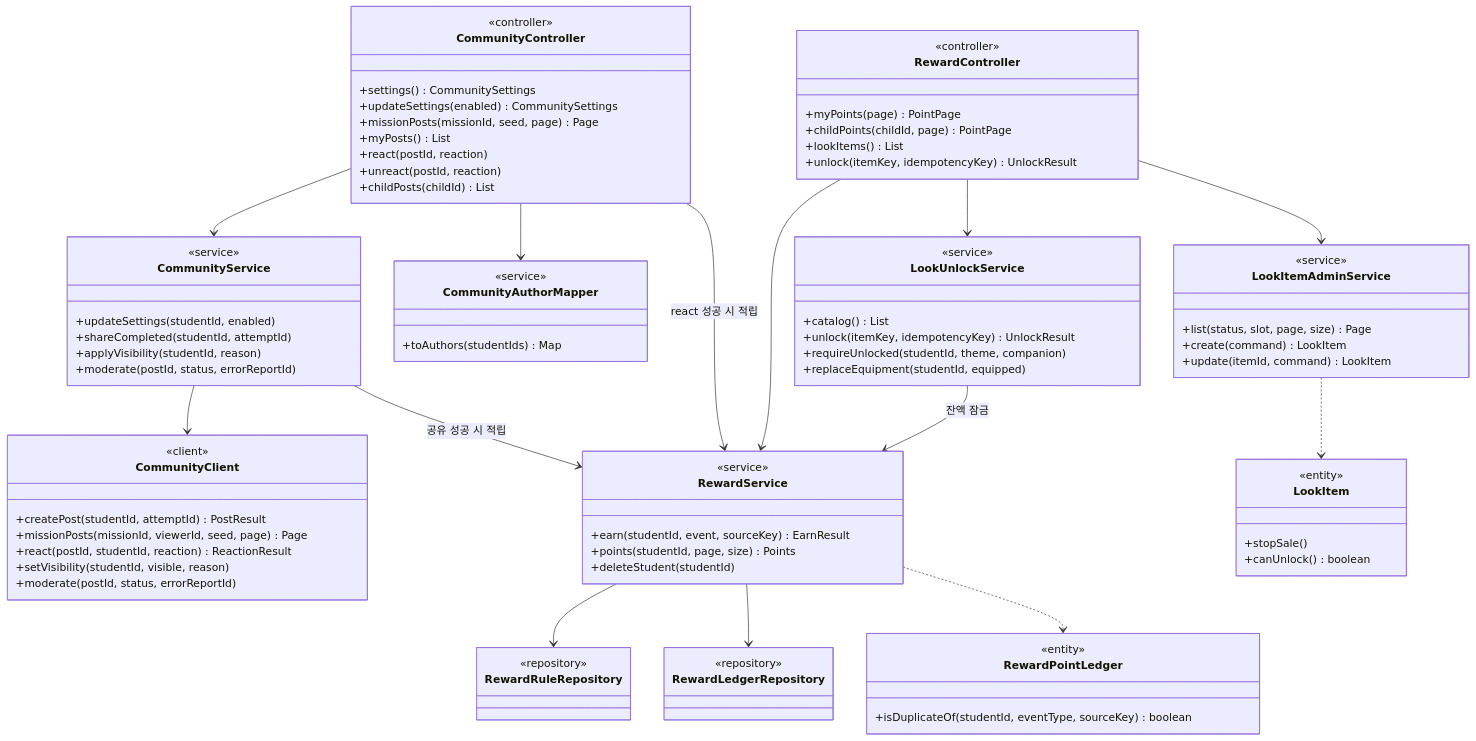
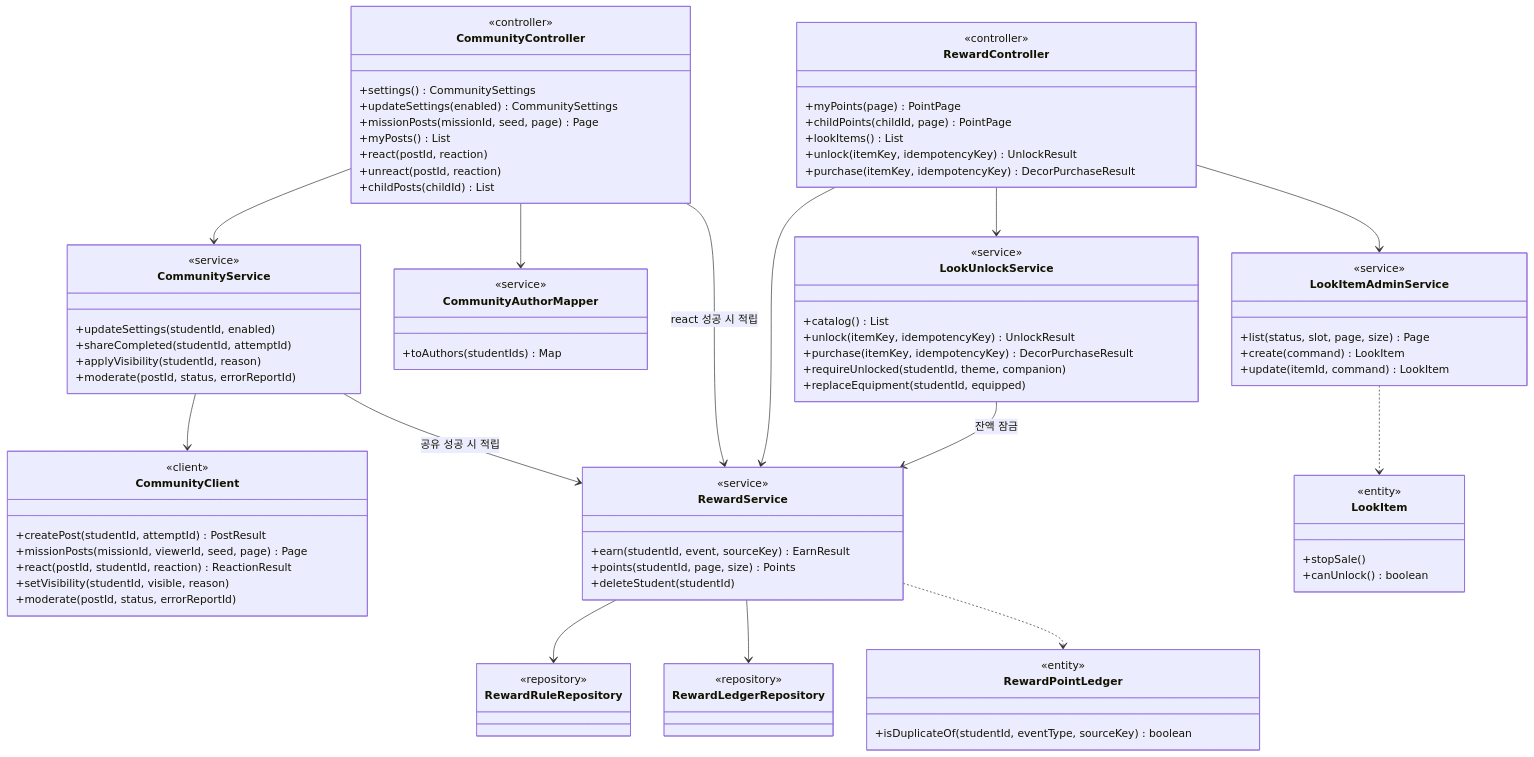
The eighth of 23 diagrams in docs/design/class-diagram.md (SKNETWORKS-FAMILY-AICAMP/SKN34-FINAL-3TEAM), drawn with Mermaid before and after one commit. The commit also changed other lines of this file and 23 other files, not shown here.

```diff
--- a/docs/design/class-diagram.md
+++ b/docs/design/class-diagram.md
@@ -1366,6 +1366,7 @@
     +childPoints(childId, page) PointPage
     +lookItems() List
     +unlock(itemKey, idempotencyKey) UnlockResult
+    +purchase(itemKey, idempotencyKey) DecorPurchaseResult
   }
   class RewardService {
     <<service>>
@@ -1377,6 +1378,7 @@
     <<service>>
     +catalog() List
     +unlock(itemKey, idempotencyKey) UnlockResult
+    +purchase(itemKey, idempotencyKey) DecorPurchaseResult
     +requireUnlocked(studentId, theme, companion)
     +replaceEquipment(studentId, equipped)
   }
```
